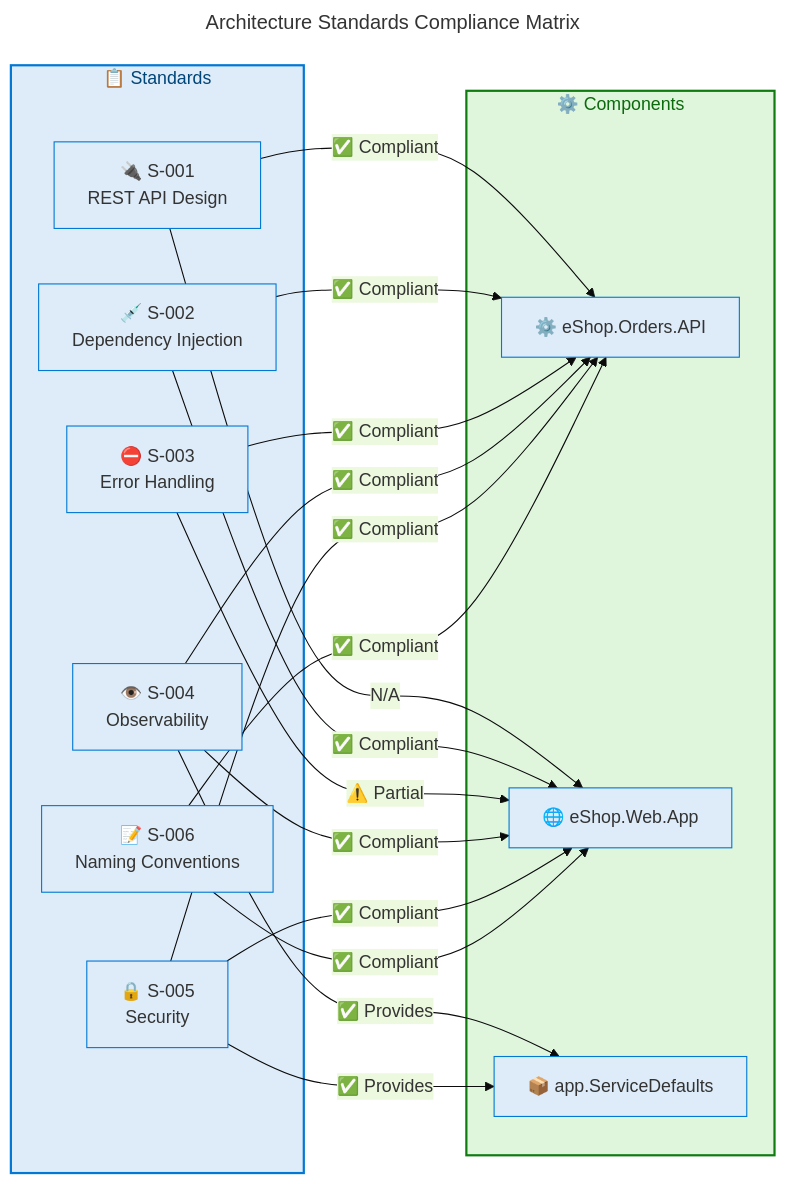
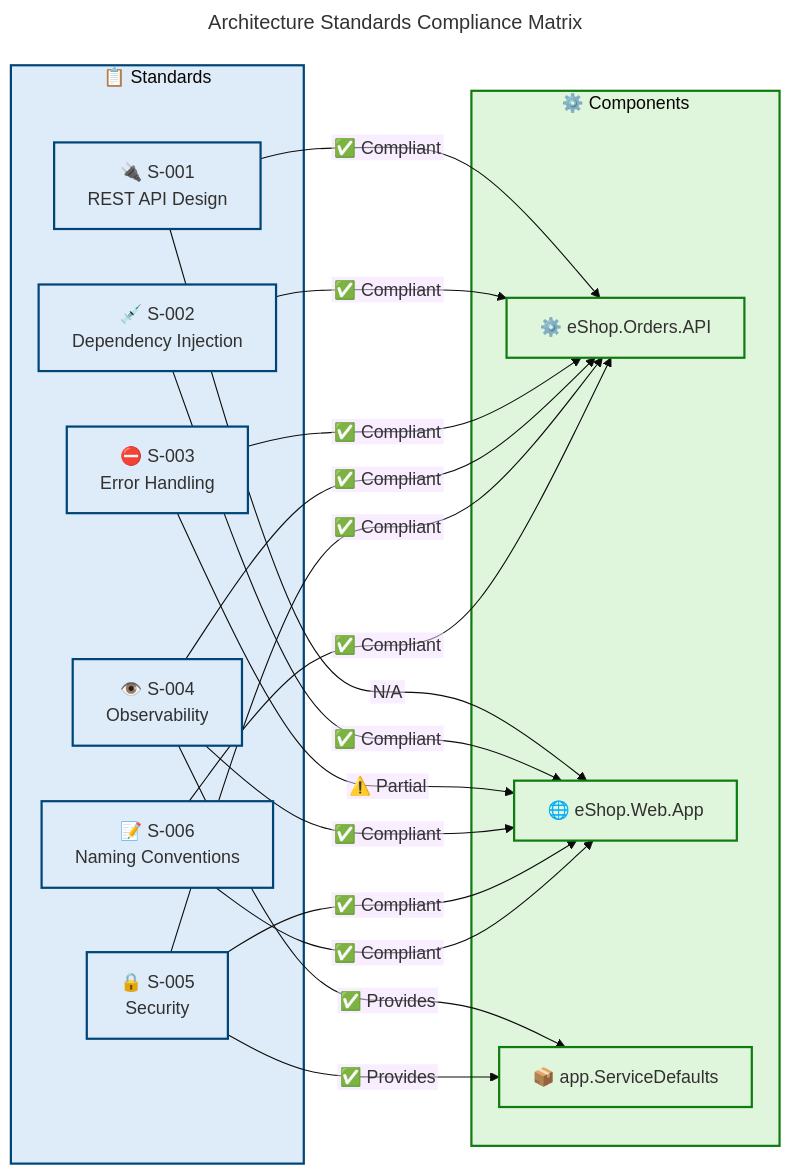
One commit to Evilazaro/Azure-LogicApps-Monitoring changed the sixth of 9 diagrams in docs/architecture/Application-Layer-Architecture.md. Above: the diagram before and after it, drawn with Mermaid. The commit also changed other lines of this file, not shown here.

Commit message:
docs: enhance clarity and accessibility in Application Layer architecture diagrams

````diff
--- a/docs/architecture/Application-Layer-Architecture.md
+++ b/docs/architecture/Application-Layer-Architecture.md
@@ -1789,46 +1836,58 @@
 ```mermaid
 ---
-title: Architecture Standards Compliance Matrix
+title: "Architecture Standards Compliance Matrix"
 config:
   theme: base
   themeVariables:
-    primaryColor: '#DEECF9'
-    primaryBorderColor: '#0078D4'
+    fontSize: '16px'
+  flowchart:
+    htmlLabels: false
 ---
 flowchart LR
     accTitle: Architecture Standards Compliance Matrix
     accDescr: Shows the compliance status of six standards across the three main application components
+
+    %% ═══════════════════════════════════════════════════════════════════════════
+    %% AZURE / FLUENT ARCHITECTURE PATTERN v1.1
+    %% (Semantic + Structural + Font + Accessibility Governance)
+    %% ═══════════════════════════════════════════════════════════════════════════
 
     subgraph standards["📋 Standards"]
         s1["🔌 S-001<br/>REST API Design"]
         s2["💉 S-002<br/>Dependency Injection"]
         s3["⛔ S-003<br/>Error Handling"]
         s4["👁️ S-004<br/>Observability"]
         s5["🔒 S-005<br/>Security"]
         s6["📝 S-006<br/>Naming Conventions"]
     end
 
     subgraph components["⚙️ Components"]
         c1["⚙️ eShop.Orders.API"]
         c2["🌐 eShop.Web.App"]
         c3["📦 app.ServiceDefaults"]
     end
 
     s1 -->|"✅ Compliant"| c1
     s2 -->|"✅ Compliant"| c1
     s3 -->|"✅ Compliant"| c1
     s4 -->|"✅ Compliant"| c1
     s5 -->|"✅ Compliant"| c1
     s6 -->|"✅ Compliant"| c1
     s1 -->|"N/A"| c2
     s2 -->|"✅ Compliant"| c2
     s3 -->|"⚠️ Partial"| c2
     s4 -->|"✅ Compliant"| c2
     s5 -->|"✅ Compliant"| c2
     s6 -->|"✅ Compliant"| c2
     s4 -->|"✅ Provides"| c3
     s5 -->|"✅ Provides"| c3
 
-    style standards fill:#DEECF9,stroke:#0078D4,stroke-width:2px,color:#004578
-    style components fill:#DFF6DD,stroke:#107C10,stroke-width:2px,color:#0B6A0B
+    classDef azureBlue fill:#DEECF9,stroke:#004578,stroke-width:2px,color:#323130
+    classDef successGreen fill:#DFF6DD,stroke:#107C10,stroke-width:2px,color:#323130
+
+    class s1,s2,s3,s4,s5,s6 azureBlue
+    class c1,c2,c3 successGreen
+
+    style standards fill:#DEECF9,stroke:#004578,stroke-width:2px,color:#323130
+    style components fill:#DFF6DD,stroke:#107C10,stroke-width:2px,color:#323130
 ```
````
